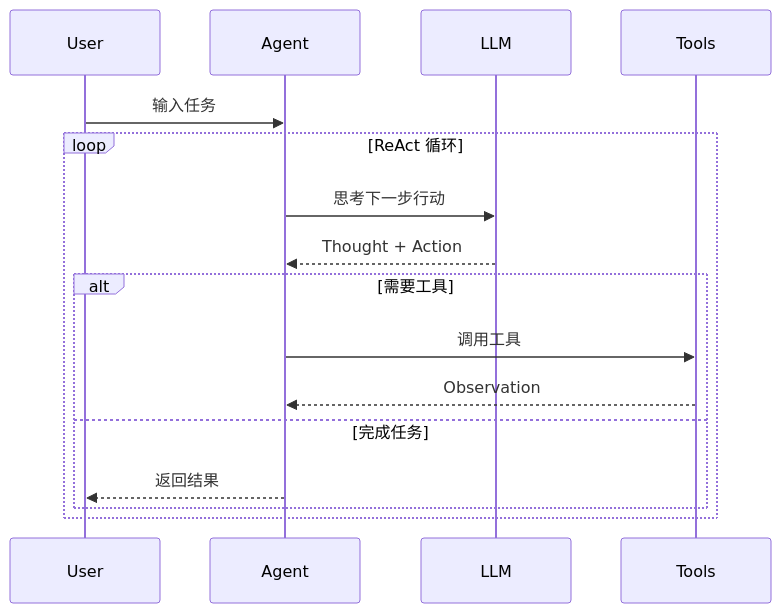
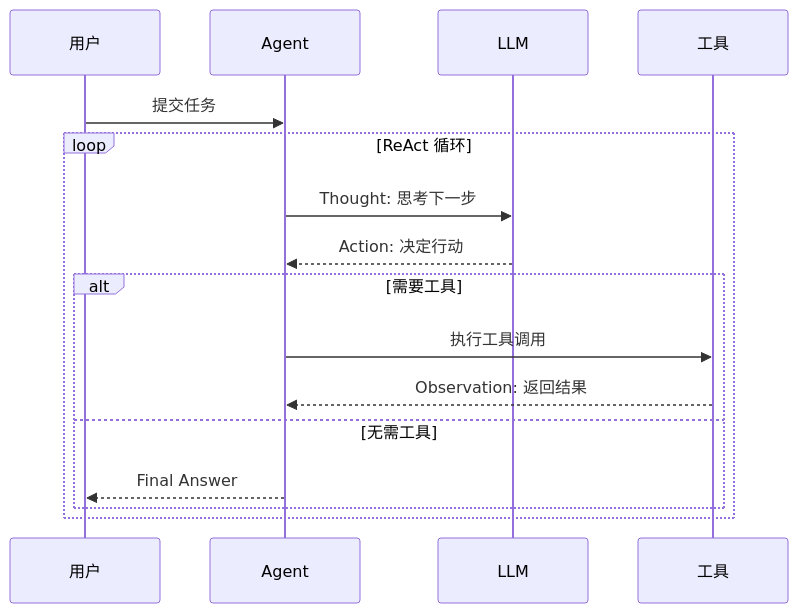
The second of 2 diagrams in frameworks/langchain-deep-dive.md (KasonLee-marker/ai-agent-interview-questions), drawn with Mermaid before and after one commit. The commit also changed other lines of this file, not shown here.

````diff
--- a/frameworks/langchain-deep-dive.md
+++ b/frameworks/langchain-deep-dive.md
@@ -149,19 +90,19 @@
 ```mermaid
 sequenceDiagram
-    participant User
-    participant Agent
-    participant LLM
-    participant Tools
+    participant User as 用户
+    participant Agent as Agent
+    participant LLM as LLM
+    participant Tool as 工具
     
-    User->>Agent: 输入任务
+    User->>Agent: 提交任务
     loop ReAct 循环
-        Agent->>LLM: 思考下一步行动
-        LLM-->>Agent: Thought + Action
+        Agent->>LLM: Thought: 思考下一步
+        LLM-->>Agent: Action: 决定行动
         alt 需要工具
-            Agent->>Tools: 调用工具
-            Tools-->>Agent: Observation
-        else 完成任务
-            Agent-->>User: 返回结果
+            Agent->>Tool: 执行工具调用
+            Tool-->>Agent: Observation: 返回结果
+        else 无需工具
+            Agent-->>User: Final Answer
         end
     end
 ```
````
